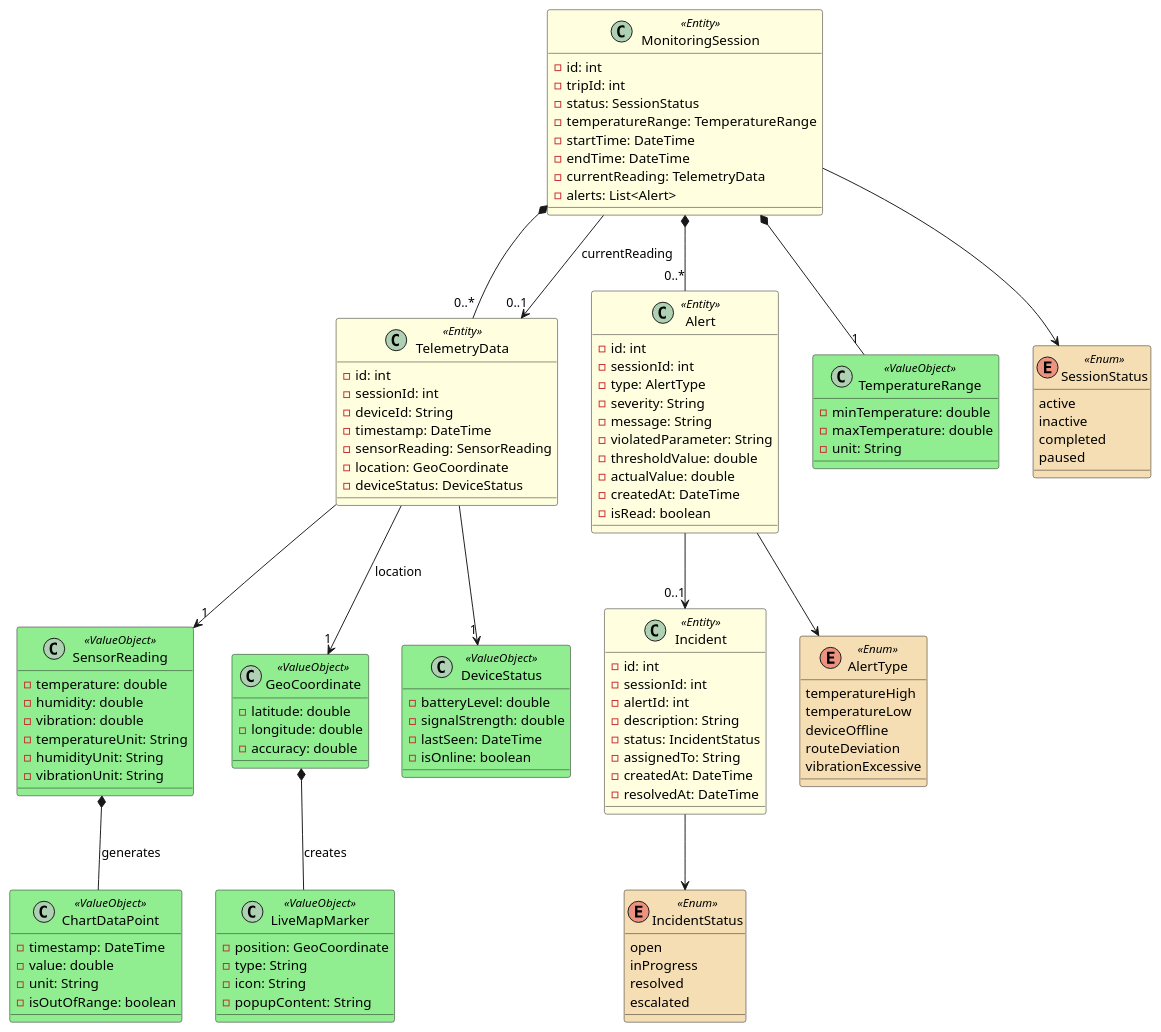
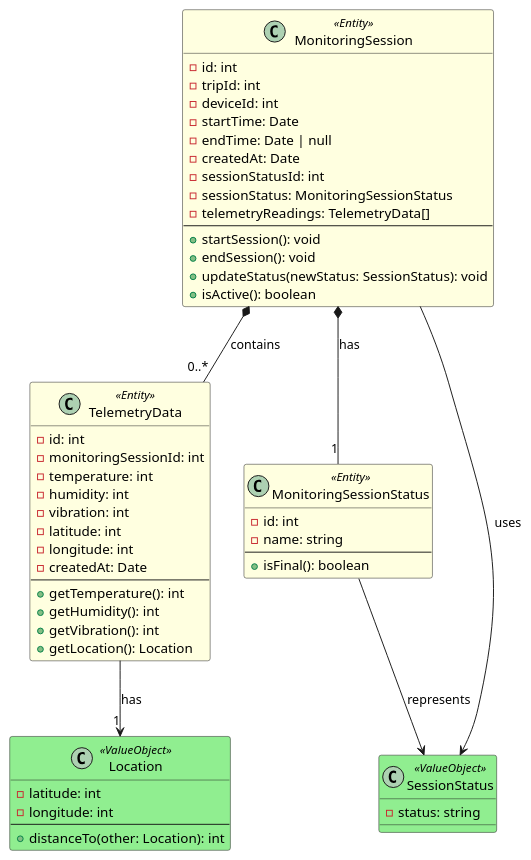
The diagram in assets/UML/Real-time-monitoring-Domain-Layer-Class-Diagram-Mobile.puml (Los-Parkers-IoT/LosParkers-report), drawn with PlantUML before and after one commit.

Commit message:
docs: update real time monitoring mobile class diagram

```diff
--- a/assets/UML/Real-time-monitoring-Domain-Layer-Class-Diagram-Mobile.puml
+++ b/assets/UML/Real-time-monitoring-Domain-Layer-Class-Diagram-Mobile.puml
@@ -1,148 +1,80 @@
-@startuml Real-Time-Monitoring-Mobile-Domain-Classes
+@startuml Real-Time-Monitoring-WebApp-Domain-Classes
+
 ' ========================
 ' Stereotypes colors
 ' ========================
 skinparam class {
     BackgroundColor<<Entity>> LightYellow
     BackgroundColor<<ValueObject>> LightGreen
     BackgroundColor<<Enum>> Wheat
 }
+
 ' ========================
 ' Entities
 ' ========================
 class MonitoringSession <<Entity>> {
   - id: int
   - tripId: int
-  - status: SessionStatus
-  - temperatureRange: TemperatureRange
-  - startTime: DateTime
-  - endTime: DateTime
-  - currentReading: TelemetryData
-  - alerts: List<Alert>
+  - deviceId: int
+  - startTime: Date
+  - endTime: Date | null
+  - createdAt: Date
+  - sessionStatusId: int
+  - sessionStatus: MonitoringSessionStatus
+  - telemetryReadings: TelemetryData[]
+  --
+  + startSession(): void
+  + endSession(): void
+  + updateStatus(newStatus: SessionStatus): void
+  + isActive(): boolean
 }
 
 class TelemetryData <<Entity>> {
   - id: int
-  - sessionId: int
-  - deviceId: String
-  - timestamp: DateTime
-  - sensorReading: SensorReading
-  - location: GeoCoordinate
-  - deviceStatus: DeviceStatus
+  - monitoringSessionId: int
+  - temperature: int
+  - humidity: int
+  - vibration: int
+  - latitude: int
+  - longitude: int
+  - createdAt: Date
+  --
+  + getTemperature(): int
+  + getHumidity(): int
+  + getVibration(): int
+  + getLocation(): Location
 }
 
-class Alert <<Entity>> {
+class MonitoringSessionStatus <<Entity>> {
   - id: int
-  - sessionId: int
-  - type: AlertType
-  - severity: String
-  - message: String
-  - violatedParameter: String
-  - thresholdValue: double
-  - actualValue: double
-  - createdAt: DateTime
-  - isRead: boolean
-}
-
-class Incident <<Entity>> {
-  - id: int
-  - sessionId: int
-  - alertId: int
-  - description: String
-  - status: IncidentStatus
-  - assignedTo: String
-  - createdAt: DateTime
-  - resolvedAt: DateTime
+  - name: string
+  --
+  + isFinal(): boolean
 }
 
 ' ========================
 ' Value Objects
 ' ========================
-class TemperatureRange <<ValueObject>> {
-  - minTemperature: double
-  - maxTemperature: double
-  - unit: String
+class Location <<ValueObject>> {
+  - latitude: int
+  - longitude: int
+  --
+  + distanceTo(other: Location): int
 }
 
-class SensorReading <<ValueObject>> {
-  - temperature: double
-  - humidity: double
-  - vibration: double
-  - temperatureUnit: String
-  - humidityUnit: String
-  - vibrationUnit: String
-}
-
-class GeoCoordinate <<ValueObject>> {
-  - latitude: double
-  - longitude: double
-  - accuracy: double
-}
-
-class DeviceStatus <<ValueObject>> {
-  - batteryLevel: double
-  - signalStrength: double
-  - lastSeen: DateTime
-  - isOnline: boolean
-}
-
-class ChartDataPoint <<ValueObject>> {
-  - timestamp: DateTime
-  - value: double
-  - unit: String
-  - isOutOfRange: boolean
-}
-
-class LiveMapMarker <<ValueObject>> {
-  - position: GeoCoordinate
-  - type: String
-  - icon: String
-  - popupContent: String
-}
-
-' ========================
-' Enums
-' ========================
-enum SessionStatus <<Enum>> {
-  active
-  inactive
-  completed
-  paused
-}
-
-enum AlertType <<Enum>> {
-  temperatureHigh
-  temperatureLow
-  deviceOffline
-  routeDeviation
-  vibrationExcessive
-}
-
-enum IncidentStatus <<Enum>> {
-  open
-  inProgress
-  resolved
-  escalated
+class SessionStatus <<ValueObject>> {
+  - status: string
 }
 
 ' ========================
 ' Relationships
 ' ========================
-MonitoringSession *-- "1" TemperatureRange
-MonitoringSession --> SessionStatus
-MonitoringSession *-- "0..*" TelemetryData
-MonitoringSession *-- "0..*" Alert
-MonitoringSession --> "0..1" TelemetryData : currentReading
+MonitoringSession *-- "1" MonitoringSessionStatus : has
+MonitoringSession *-- "0..*" TelemetryData : contains
+MonitoringSession --> SessionStatus : uses
 
-TelemetryData --> "1" SensorReading
-TelemetryData --> "1" GeoCoordinate : location
-TelemetryData --> "1" DeviceStatus
+TelemetryData --> "1" Location : has
 
-Alert --> AlertType
-Alert --> "0..1" Incident
+MonitoringSessionStatus --> SessionStatus : represents
 
-Incident --> IncidentStatus
-
-SensorReading *-- ChartDataPoint : generates
-GeoCoordinate *-- LiveMapMarker : creates
 @enduml
```
